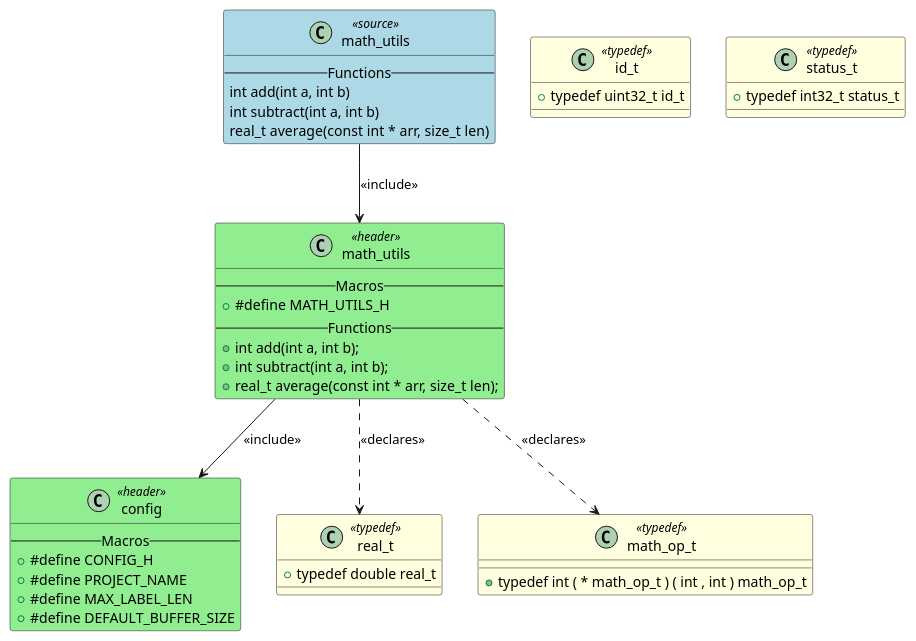
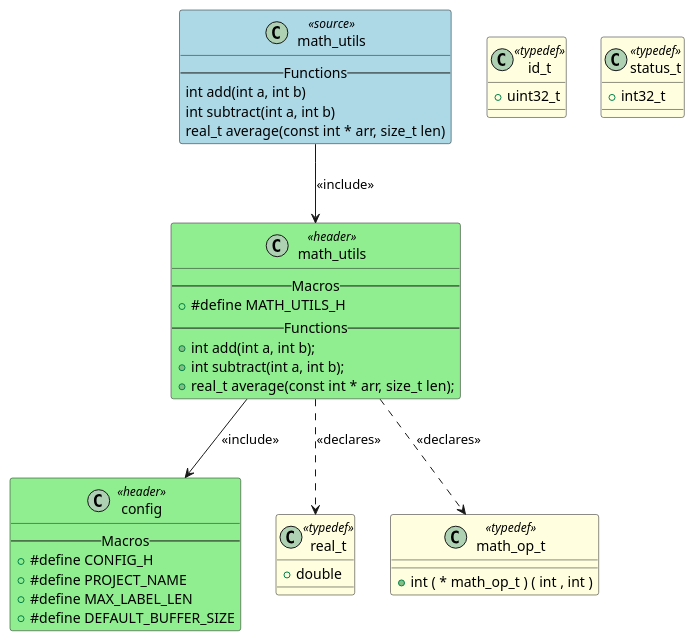
One commit to fischerjooo/c2puml changed the diagram in output/math_utils.puml. Above: the diagram before and after it, drawn with PlantUML. The commit also changed 30 other files, not shown here.

```diff
--- a/output/math_utils.puml
+++ b/output/math_utils.puml
@@ -1,53 +1,53 @@
 @startuml math_utils
 
 class "math_utils" as MATH_UTILS <<source>> #LightBlue
 {
-    -- Functions --
-    int add(int a, int b)
-    int subtract(int a, int b)
-    real_t average(const int * arr, size_t len)
+-- Functions --
+int add(int a, int b)
+int subtract(int a, int b)
+real_t average(const int * arr, size_t len)
 }
 
 class "math_utils" as HEADER_MATH_UTILS <<header>> #LightGreen
 {
-    -- Macros --
-    + #define MATH_UTILS_H
-    -- Functions --
-    + int add(int a, int b);
-    + int subtract(int a, int b);
-    + real_t average(const int * arr, size_t len);
+-- Macros --
++ #define MATH_UTILS_H
+-- Functions --
++ int add(int a, int b);
++ int subtract(int a, int b);
++ real_t average(const int * arr, size_t len);
 }
 class "config" as HEADER_CONFIG <<header>> #LightGreen
 {
-    -- Macros --
-    + #define CONFIG_H
-    + #define PROJECT_NAME
-    + #define MAX_LABEL_LEN
-    + #define DEFAULT_BUFFER_SIZE
+-- Macros --
++ #define CONFIG_H
++ #define PROJECT_NAME
++ #define MAX_LABEL_LEN
++ #define DEFAULT_BUFFER_SIZE
 }
-class "real_t" as TYPEDEF_REAL_T <<typedef>> #LightYellow
+class "real_t" as TYPEDEF_real_t <<typedef>> #LightYellow
 {
-    + typedef double real_t
++ double
 }
 
-class "math_op_t" as TYPEDEF_MATH_OP_T <<typedef>> #LightYellow
+class "math_op_t" as TYPEDEF_math_op_t <<typedef>> #LightYellow
 {
-    + typedef int ( * math_op_t ) ( int , int ) math_op_t
++ int ( * math_op_t ) ( int , int )
 }
 
-class "id_t" as TYPEDEF_ID_T <<typedef>> #LightYellow
+class "id_t" as TYPEDEF_id_t <<typedef>> #LightYellow
 {
-    + typedef uint32_t id_t
++ uint32_t
 }
 
-class "status_t" as TYPEDEF_STATUS_T <<typedef>> #LightYellow
+class "status_t" as TYPEDEF_status_t <<typedef>> #LightYellow
 {
-    + typedef int32_t status_t
++ int32_t
 }
 
 MATH_UTILS --> HEADER_MATH_UTILS : <<include>>
 HEADER_MATH_UTILS --> HEADER_CONFIG : <<include>>
-HEADER_MATH_UTILS ..> TYPEDEF_REAL_T : <<declares>>
-HEADER_MATH_UTILS ..> TYPEDEF_MATH_OP_T : <<declares>>
+HEADER_MATH_UTILS ..> TYPEDEF_real_t : <<declares>>
+HEADER_MATH_UTILS ..> TYPEDEF_math_op_t : <<declares>>
 
 @enduml
```
